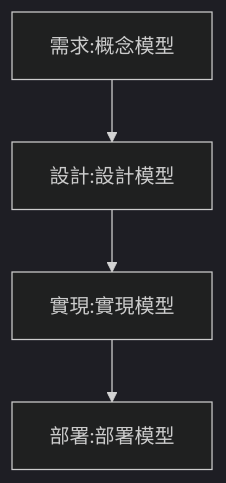
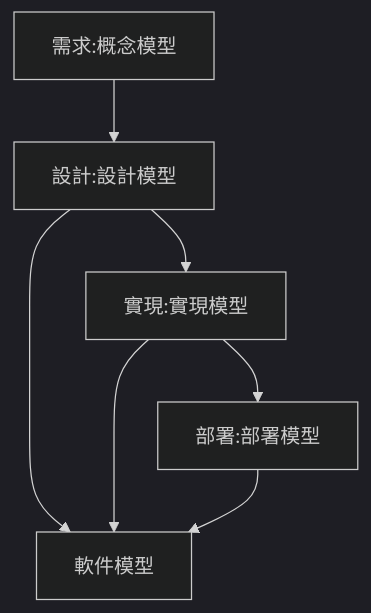
The second of 2 diagrams in _posts/2022-07-04-02333-software_engineer.md (chchoiw/chchoiw.github.io), drawn with Mermaid (dark theme) before and after one commit.

````diff
--- a/_posts/2022-07-04-02333-software_engineer.md
+++ b/_posts/2022-07-04-02333-software_engineer.md
@@ -166,12 +166,15 @@
 ```mermaid
 graph TD
 id1[需求:概念模型]
 id2[設計:設計模型]
 id3[實現:實現模型]
 id4[部署:部署模型]
-
+id5[軟件模型]
 
 id1-->id2
 id2-->id3
 id3-->id4
+id2-->id5
+id3-->id5
+id4-->id5
 ```
````
